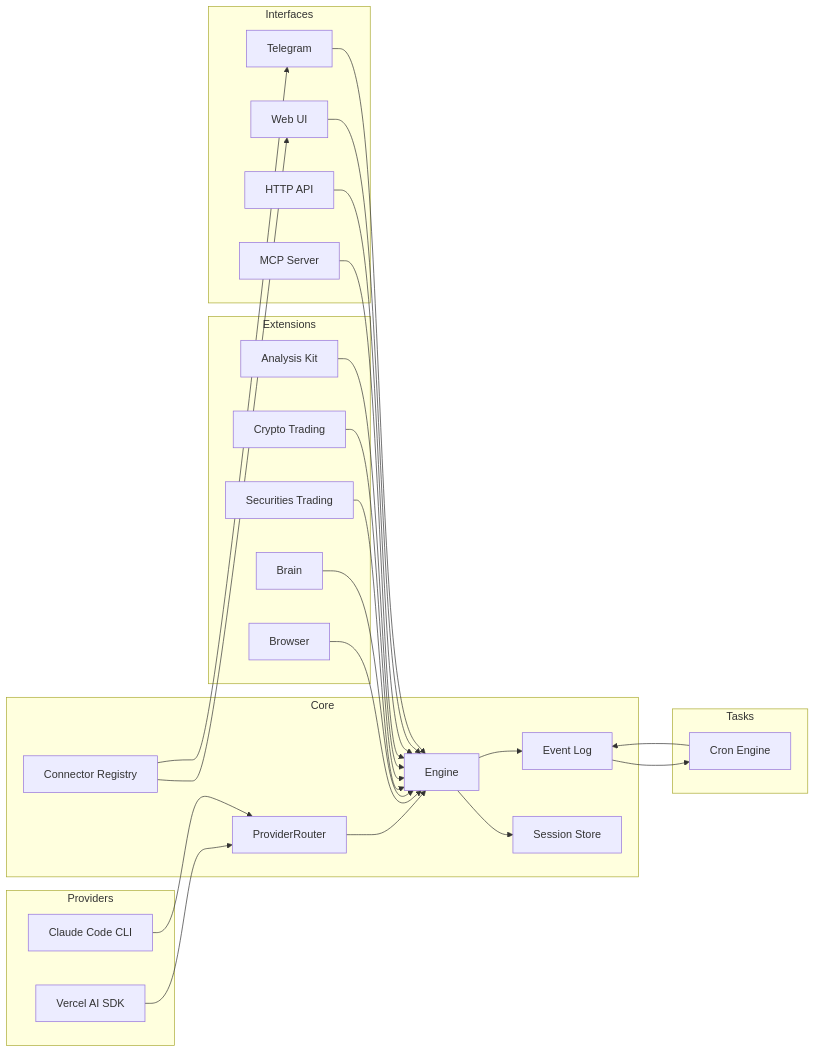
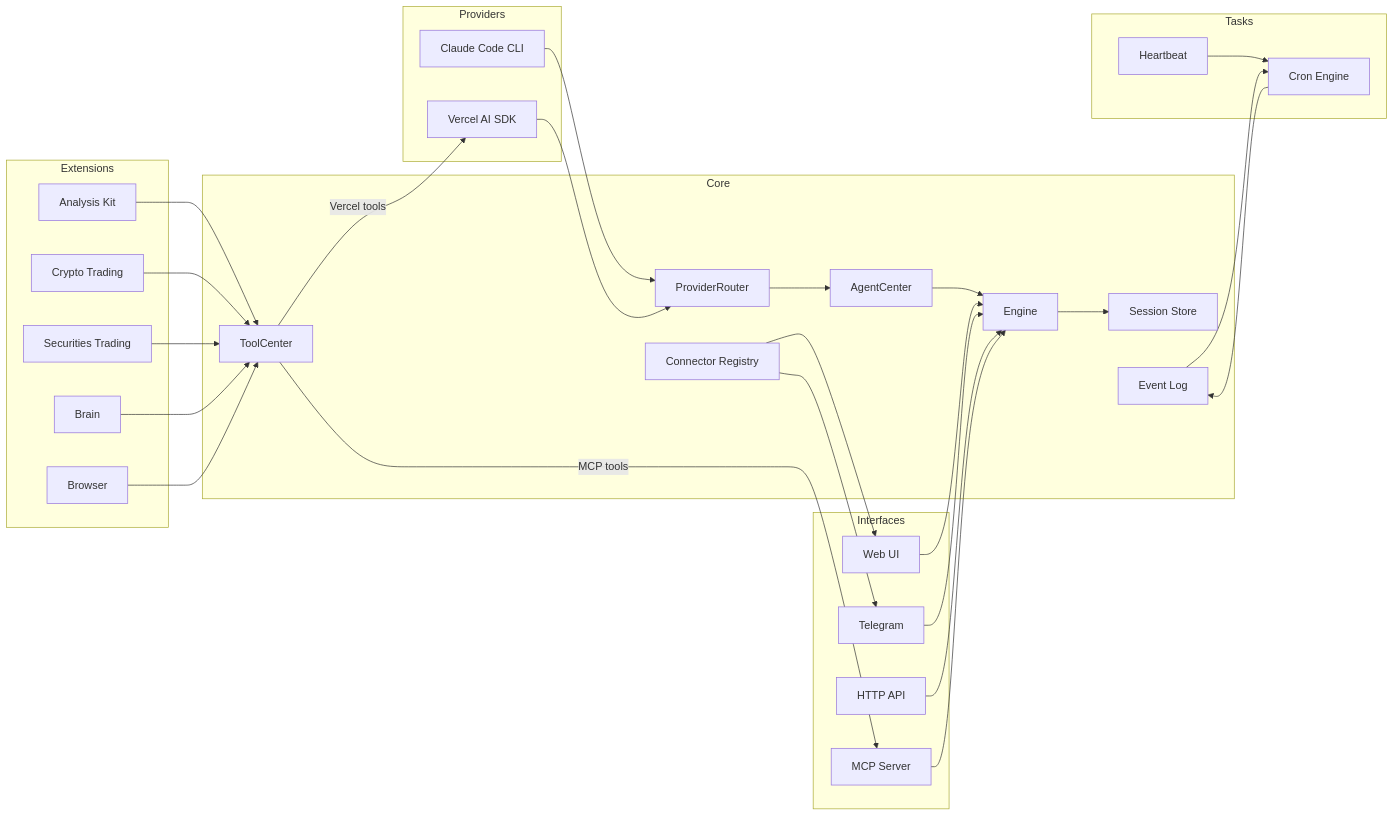
The diagram in README.md (imsatoshi/TradeClaw), drawn with Mermaid before and after one commit. The commit also changed other lines of this file, not shown here.

Commit message:
Update README with AgentCenter + ToolCenter architecture

````diff
--- a/README.md
+++ b/README.md
@@ -30,52 +30,58 @@
 ```mermaid
 graph LR
   subgraph Providers
     CC[Claude Code CLI]
     VS[Vercel AI SDK]
   end
 
   subgraph Core
     PR[ProviderRouter]
+    AC[AgentCenter]
     E[Engine]
+    TC[ToolCenter]
     S[Session Store]
     EL[Event Log]
     CR[Connector Registry]
   end
 
   subgraph Extensions
     AK[Analysis Kit]
     CT[Crypto Trading]
     ST[Securities Trading]
     BR[Brain]
     BW[Browser]
   end
 
   subgraph Tasks
     CRON[Cron Engine]
+    HB[Heartbeat]
   end
 
   subgraph Interfaces
     WEB[Web UI]
     TG[Telegram]
     HTTP[HTTP API]
     MCP[MCP Server]
   end
 
   CC --> PR
   VS --> PR
-  PR --> E
+  PR --> AC
+  AC --> E
   E --> S
-  E --> EL
+  TC -->|Vercel tools| VS
+  TC -->|MCP tools| MCP
+  AK --> TC
+  CT --> TC
+  ST --> TC
+  BR --> TC
+  BW --> TC
+  CRON --> EL
+  HB --> CRON
+  EL --> CRON
   CR --> WEB & TG
-  AK --> E
-  CT --> E
-  ST --> E
-  BR --> E
-  BW --> E
-  CRON --> EL
-  EL --> CRON
   WEB --> E
   TG --> E
   HTTP --> E
   MCP --> E
 ```
````
